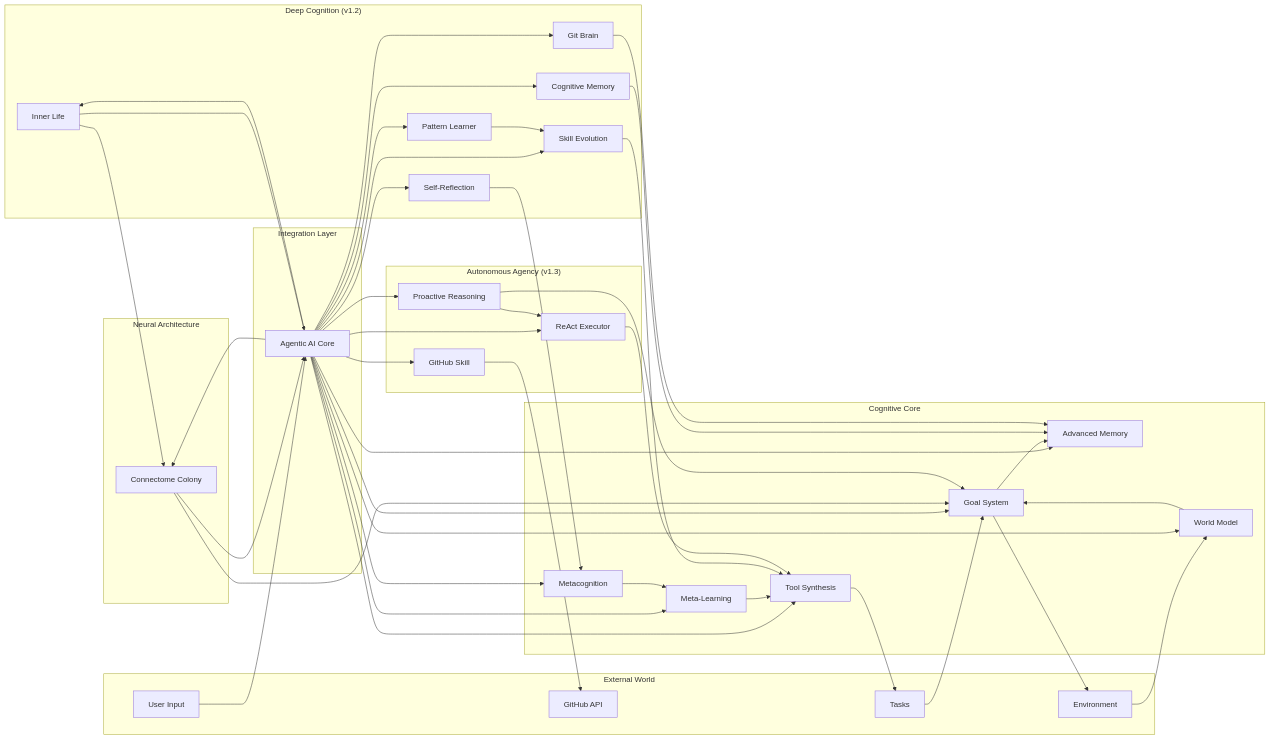
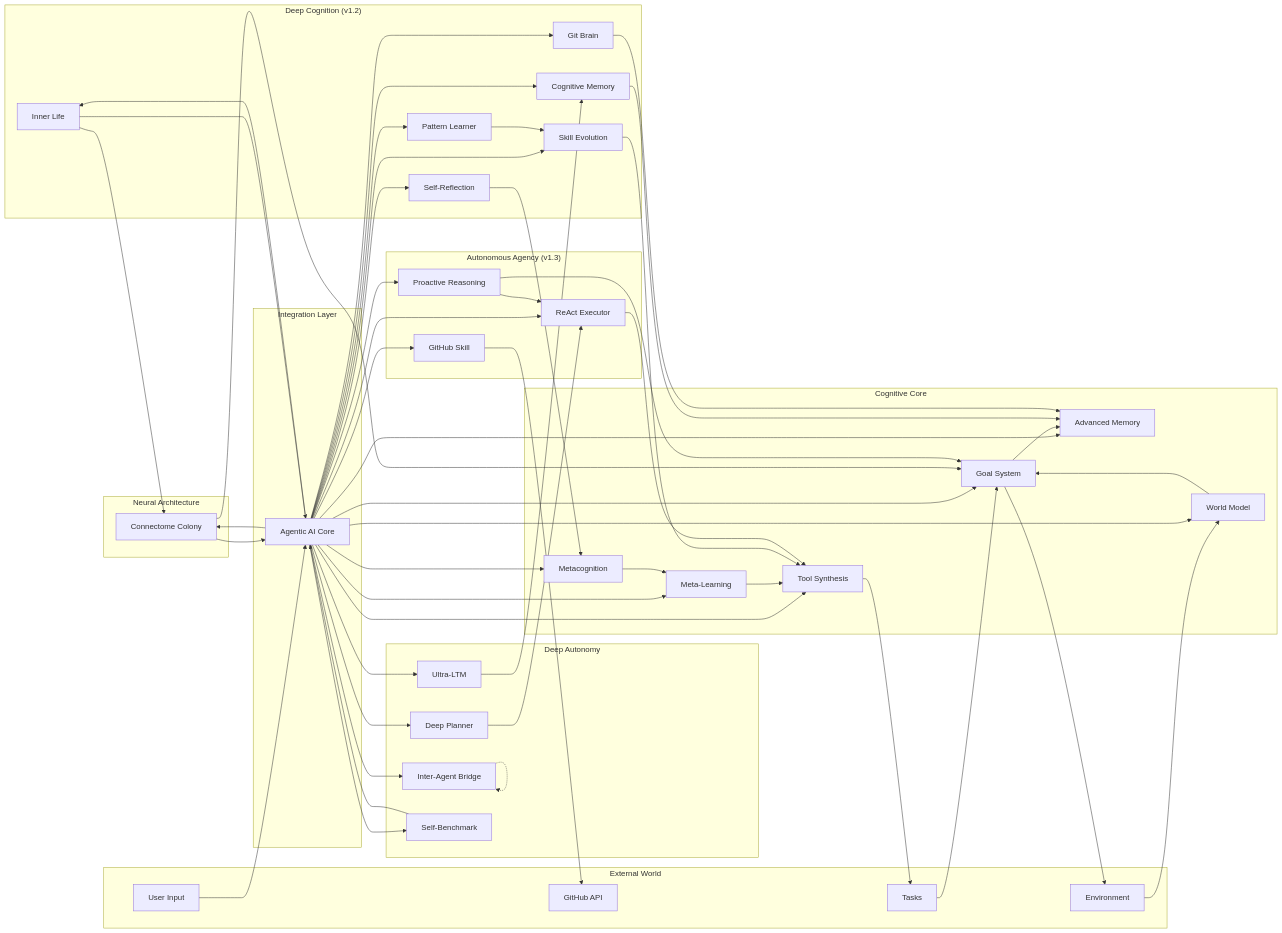
The third of 20 diagrams in README.md (bistuwangqiyuan/Open-Sable), drawn with Mermaid before and after one commit. The commit also changed other lines of this file and 9 other files, not shown here.

First line of the commit message:
Add self-benchmarking and ultra-long-term memory modules

```diff
--- a/README.md
+++ b/README.md
@@ -685,6 +689,13 @@
 
     subgraph "Neural Architecture"
         NC[Connectome Colony]
+    end
+
+    subgraph "Deep Autonomy"
+        DP[Deep Planner]
+        IAB[Inter-Agent Bridge]
+        ULTM[Ultra-LTM]
+        SB[Self-Benchmark]
     end
     
     subgraph "Integration Layer"
@@ -721,6 +732,11 @@
     AGENT --> GH
     AGENT --> NC
 
+    AGENT --> DP
+    AGENT --> IAB
+    AGENT --> ULTM
+    AGENT --> SB
+
     NC --> AGENT
     IL --> NC
     NC --> G
@@ -740,6 +756,11 @@
     RE --> T
     GH --> GITHUB
     PR --> G
+
+    DP --> RE
+    IAB -.-> IAB
+    ULTM --> CM
+    SB --> AGENT
     
     T --> TASKS
     G --> ENV
```
